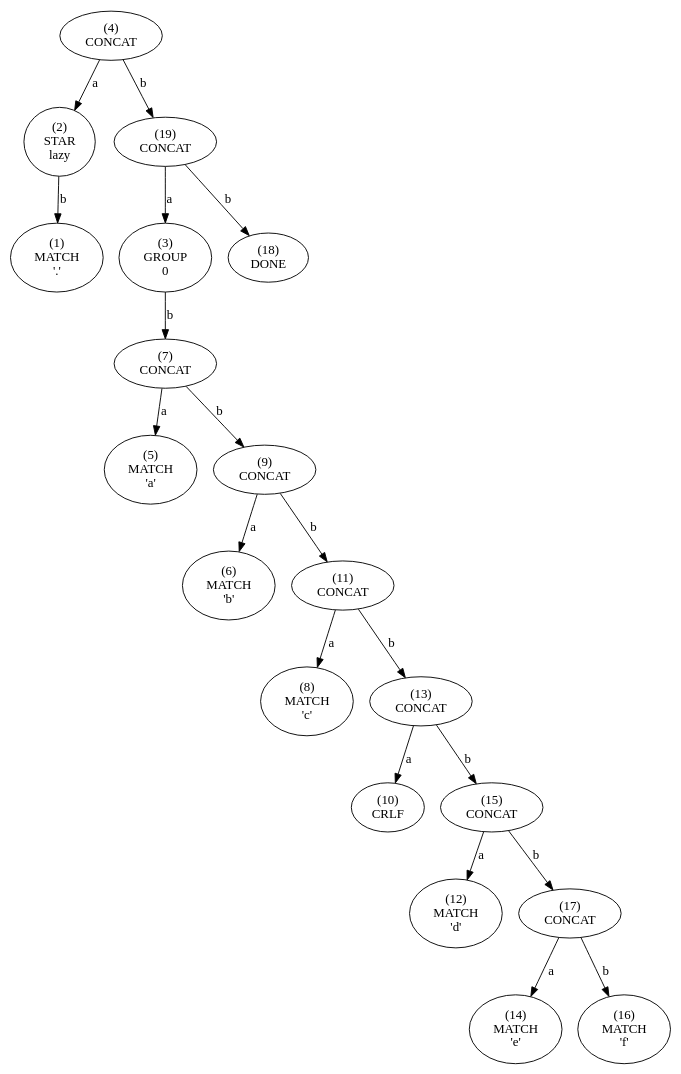
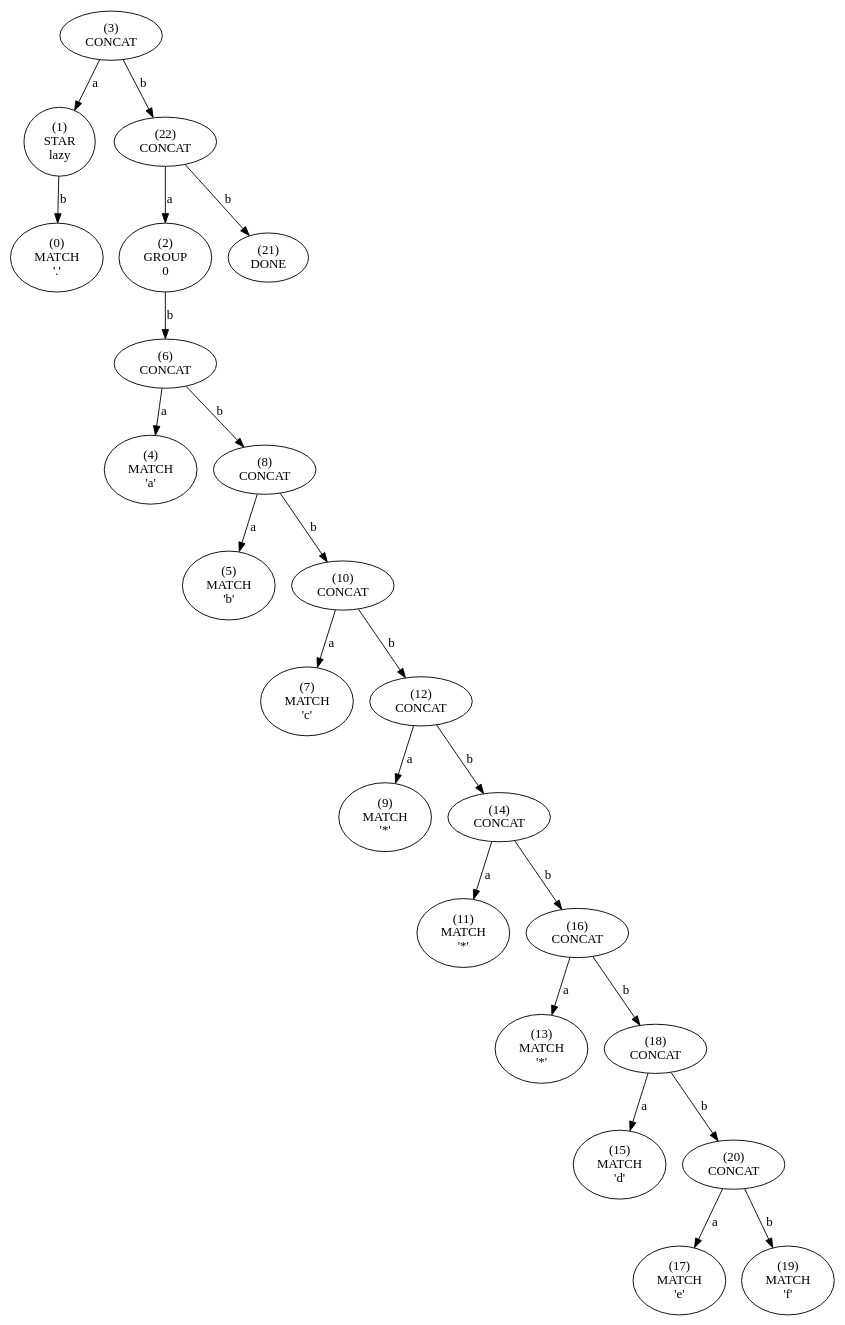
Before and after one commit to essele/rele: the diagram in tree.dot, drawn with Graphviz. The commit also changed 3 other files, not shown here.

```diff
--- a/tree.dot
+++ b/tree.dot
@@ -1,77 +1,93 @@
 digraph tree {
-    n0xb965b7ba1330 [label="(4)
+    n0xc816e7fb4330 [label="(3)
 CONCAT
 "];
-    n0xb965b7ba1330 -> n0xb965b7ba12f0 [label="a"];
-    n0xb965b7ba12f0 [label="(2)
+    n0xc816e7fb4330 -> n0xc816e7fb42f0 [label="a"];
+    n0xc816e7fb42f0 [label="(1)
 STAR
 lazy"];
-    n0xb965b7ba12f0 -> n0xb965b7ba12d0 [label="b"];
-    n0xb965b7ba12d0 [label="(1)
+    n0xc816e7fb42f0 -> n0xc816e7fb42d0 [label="b"];
+    n0xc816e7fb42d0 [label="(0)
 MATCH
 '.'"];
-    n0xb965b7ba1330 -> n0xb965b7ba1510 [label="b"];
-    n0xb965b7ba1510 [label="(19)
+    n0xc816e7fb4330 -> n0xc816e7fb4590 [label="b"];
+    n0xc816e7fb4590 [label="(22)
 CONCAT
 "];
-    n0xb965b7ba1510 -> n0xb965b7ba1310 [label="a"];
-    n0xb965b7ba1310 [label="(3)
+    n0xc816e7fb4590 -> n0xc816e7fb4310 [label="a"];
+    n0xc816e7fb4310 [label="(2)
 GROUP
 0"];
-    n0xb965b7ba1310 -> n0xb965b7ba1390 [label="b"];
-    n0xb965b7ba1390 [label="(7)
+    n0xc816e7fb4310 -> n0xc816e7fb4390 [label="b"];
+    n0xc816e7fb4390 [label="(6)
 CONCAT
 "];
-    n0xb965b7ba1390 -> n0xb965b7ba1350 [label="a"];
-    n0xb965b7ba1350 [label="(5)
+    n0xc816e7fb4390 -> n0xc816e7fb4350 [label="a"];
+    n0xc816e7fb4350 [label="(4)
 MATCH
 'a'"];
-    n0xb965b7ba1390 -> n0xb965b7ba13d0 [label="b"];
-    n0xb965b7ba13d0 [label="(9)
+    n0xc816e7fb4390 -> n0xc816e7fb43d0 [label="b"];
+    n0xc816e7fb43d0 [label="(8)
 CONCAT
 "];
-    n0xb965b7ba13d0 -> n0xb965b7ba1370 [label="a"];
-    n0xb965b7ba1370 [label="(6)
+    n0xc816e7fb43d0 -> n0xc816e7fb4370 [label="a"];
+    n0xc816e7fb4370 [label="(5)
 MATCH
 'b'"];
-    n0xb965b7ba13d0 -> n0xb965b7ba1410 [label="b"];
-    n0xb965b7ba1410 [label="(11)
+    n0xc816e7fb43d0 -> n0xc816e7fb4410 [label="b"];
+    n0xc816e7fb4410 [label="(10)
 CONCAT
 "];
-    n0xb965b7ba1410 -> n0xb965b7ba13b0 [label="a"];
-    n0xb965b7ba13b0 [label="(8)
+    n0xc816e7fb4410 -> n0xc816e7fb43b0 [label="a"];
+    n0xc816e7fb43b0 [label="(7)
 MATCH
 'c'"];
-    n0xb965b7ba1410 -> n0xb965b7ba1450 [label="b"];
-    n0xb965b7ba1450 [label="(13)
+    n0xc816e7fb4410 -> n0xc816e7fb4450 [label="b"];
+    n0xc816e7fb4450 [label="(12)
 CONCAT
 "];
-    n0xb965b7ba1450 -> n0xb965b7ba13f0 [label="a"];
-    n0xb965b7ba13f0 [label="(10)
-CRLF
-"];
-    n0xb965b7ba1450 -> n0xb965b7ba1490 [label="b"];
-    n0xb965b7ba1490 [label="(15)
+    n0xc816e7fb4450 -> n0xc816e7fb43f0 [label="a"];
+    n0xc816e7fb43f0 [label="(9)
+MATCH
+'*'"];
+    n0xc816e7fb4450 -> n0xc816e7fb4490 [label="b"];
+    n0xc816e7fb4490 [label="(14)
 CONCAT
 "];
-    n0xb965b7ba1490 -> n0xb965b7ba1430 [label="a"];
-    n0xb965b7ba1430 [label="(12)
+    n0xc816e7fb4490 -> n0xc816e7fb4430 [label="a"];
+    n0xc816e7fb4430 [label="(11)
+MATCH
+'*'"];
+    n0xc816e7fb4490 -> n0xc816e7fb44d0 [label="b"];
+    n0xc816e7fb44d0 [label="(16)
+CONCAT
+"];
+    n0xc816e7fb44d0 -> n0xc816e7fb4470 [label="a"];
+    n0xc816e7fb4470 [label="(13)
+MATCH
+'*'"];
+    n0xc816e7fb44d0 -> n0xc816e7fb4510 [label="b"];
+    n0xc816e7fb4510 [label="(18)
+CONCAT
+"];
+    n0xc816e7fb4510 -> n0xc816e7fb44b0 [label="a"];
+    n0xc816e7fb44b0 [label="(15)
 MATCH
 'd'"];
-    n0xb965b7ba1490 -> n0xb965b7ba14d0 [label="b"];
-    n0xb965b7ba14d0 [label="(17)
+    n0xc816e7fb4510 -> n0xc816e7fb4550 [label="b"];
+    n0xc816e7fb4550 [label="(20)
 CONCAT
 "];
-    n0xb965b7ba14d0 -> n0xb965b7ba1470 [label="a"];
-    n0xb965b7ba1470 [label="(14)
+    n0xc816e7fb4550 -> n0xc816e7fb44f0 [label="a"];
+    n0xc816e7fb44f0 [label="(17)
 MATCH
 'e'"];
-    n0xb965b7ba14d0 -> n0xb965b7ba14b0 [label="b"];
-    n0xb965b7ba14b0 [label="(16)
+    n0xc816e7fb4550 -> n0xc816e7fb4530 [label="b"];
+    n0xc816e7fb4530 [label="(19)
 MATCH
 'f'"];
-    n0xb965b7ba1510 -> n0xb965b7ba14f0 [label="b"];
-    n0xb965b7ba14f0 [label="(18)
+    n0xc816e7fb4590 -> n0xc816e7fb4570 [label="b"];
+    n0xc816e7fb4570 [label="(21)
 DONE
 "];
 }
```
